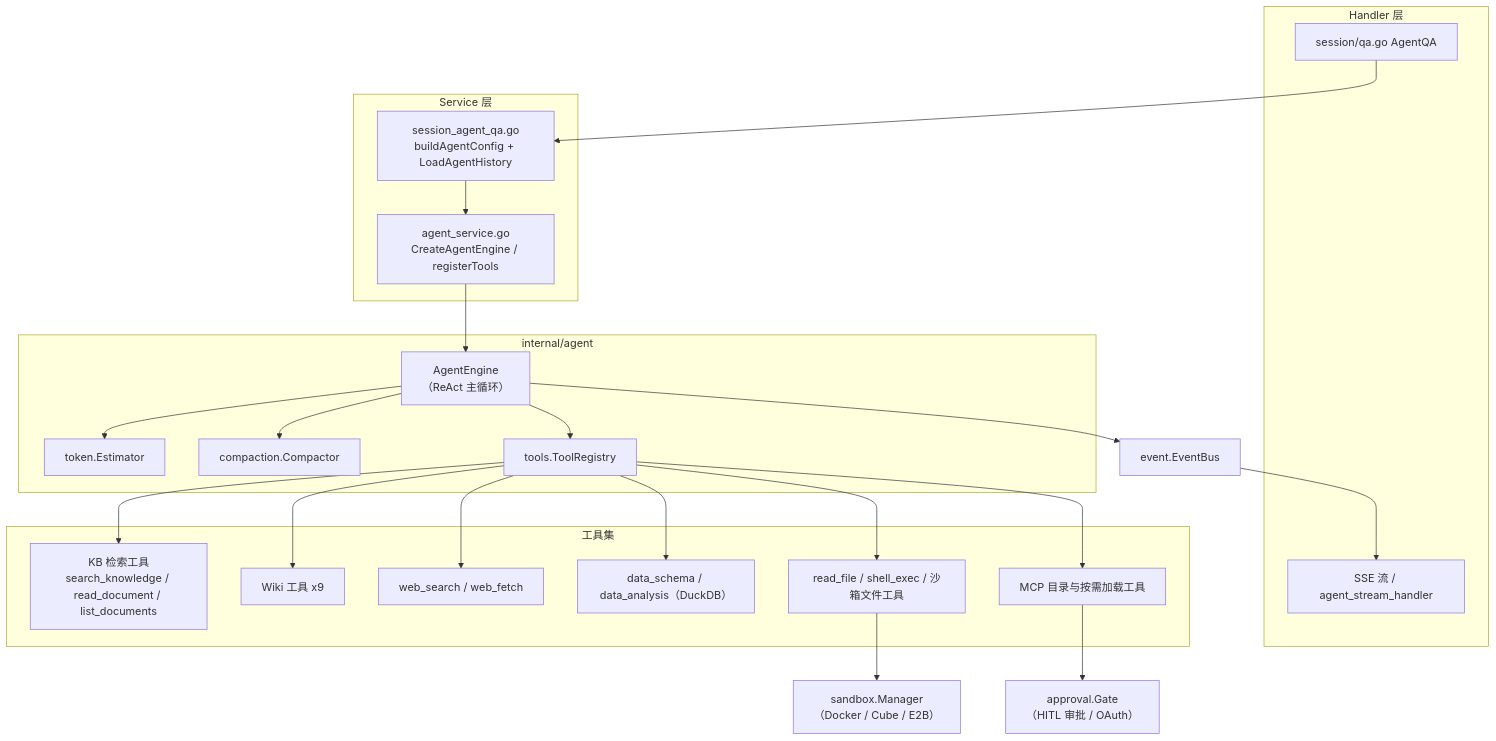
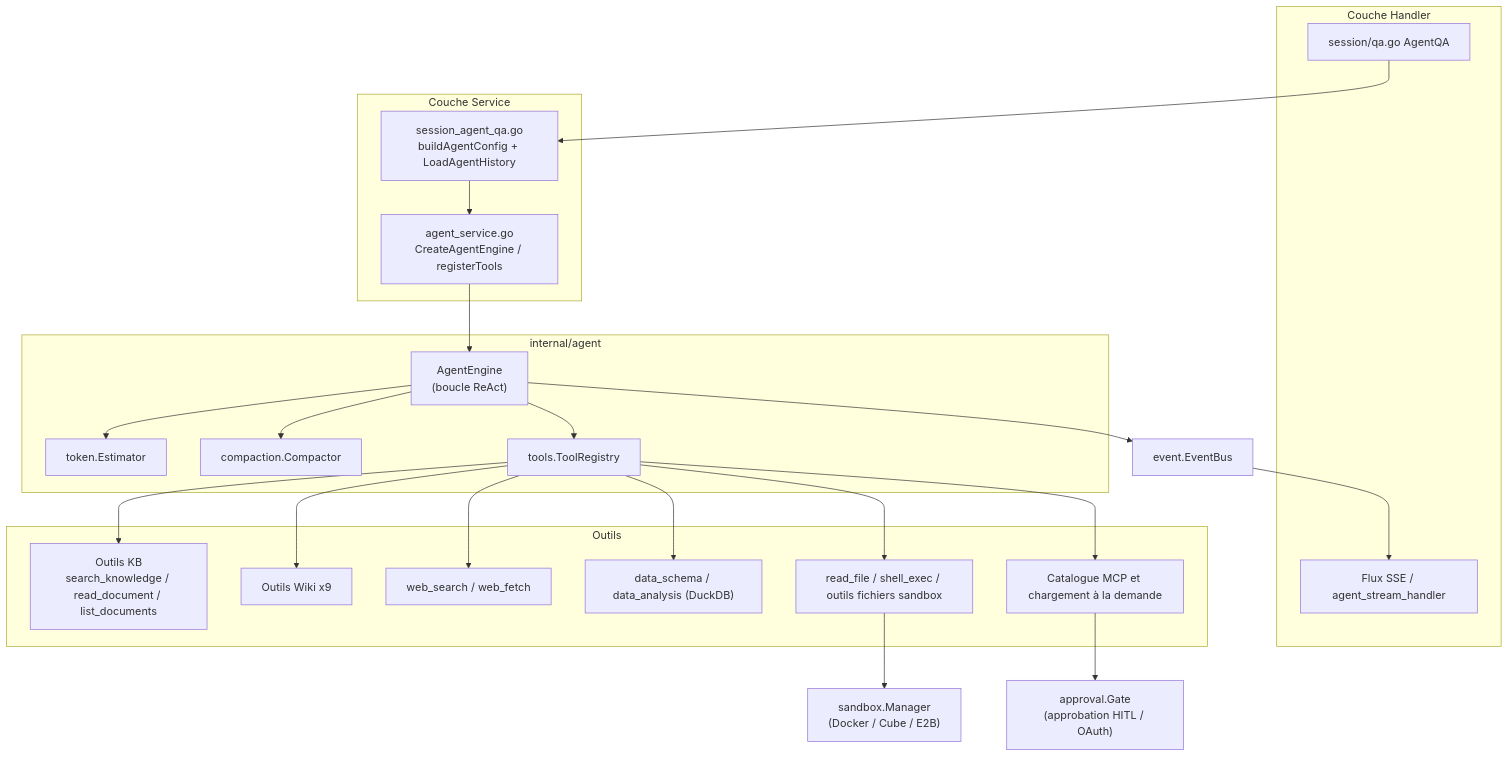
The first of 3 diagrams in website-docs/03-features/07-agent.md (samiriggui-code/gsms-template), drawn with Mermaid before and after one commit. The commit also changed other lines of this file and 301 other files, not shown here.

````diff
--- a/website-docs/03-features/07-agent.md
+++ b/website-docs/03-features/07-agent.md
@@ -248,42 +248,42 @@
 ```mermaid
 flowchart TB
-    subgraph HandlerLayer["Handler 层"]
+    subgraph HandlerLayer["Couche Handler"]
         H1["session/qa.go AgentQA"]
-        SSE["SSE 流 / agent_stream_handler"]
+        SSE["Flux SSE / agent_stream_handler"]
     end
-    subgraph ServiceLayer["Service 层"]
+    subgraph ServiceLayer["Couche Service"]
         SQA["session_agent_qa.go<br/>buildAgentConfig + LoadAgentHistory"]
         AS["agent_service.go<br/>CreateAgentEngine / registerTools"]
     end
     subgraph EngineLayer["internal/agent"]
-        ENG["AgentEngine<br/>（ReAct 主循环）"]
+        ENG["AgentEngine<br/>(boucle ReAct)"]
         TOK["token.Estimator"]
         MEM["compaction.Compactor"]
         REG["tools.ToolRegistry"]
     end
-    subgraph Tools["工具集"]
-        KB["KB 检索工具<br/>search_knowledge / read_document / list_documents"]
-        WIKI["Wiki 工具 x9"]
+    subgraph Tools["Outils"]
+        KB["Outils KB<br/>search_knowledge / read_document / list_documents"]
+        WIKI["Outils Wiki x9"]
         WEB["web_search / web_fetch"]
-        DATA["data_schema / data_analysis（DuckDB）"]
-        SKILL["read_file / shell_exec / 沙箱文件工具"]
-        MCP["MCP 目录与按需加载工具"]
+        DATA["data_schema / data_analysis (DuckDB)"]
+        SKILL["read_file / shell_exec / outils fichiers sandbox"]
+        MCP["Catalogue MCP et chargement à la demande"]
     end
-    GATE["approval.Gate<br/>（HITL 审批 / OAuth）"]
-    SBX["sandbox.Manager<br/>（Docker / Cube / E2B）"]
+    GATE["approval.Gate<br/>(approbation HITL / OAuth)"]
+    SBX["sandbox.Manager<br/>(Docker / Cube / E2B)"]
     EB["event.EventBus"]
 
     H1 --> SQA --> AS --> ENG
     ENG --> TOK
     ENG --> MEM
     ENG --> REG
     REG --> KB
     REG --> WIKI
     REG --> WEB
     REG --> DATA
     REG --> SKILL
     REG --> MCP
     MCP --> GATE
     SKILL --> SBX
     ENG --> EB --> SSE
 ```
````
